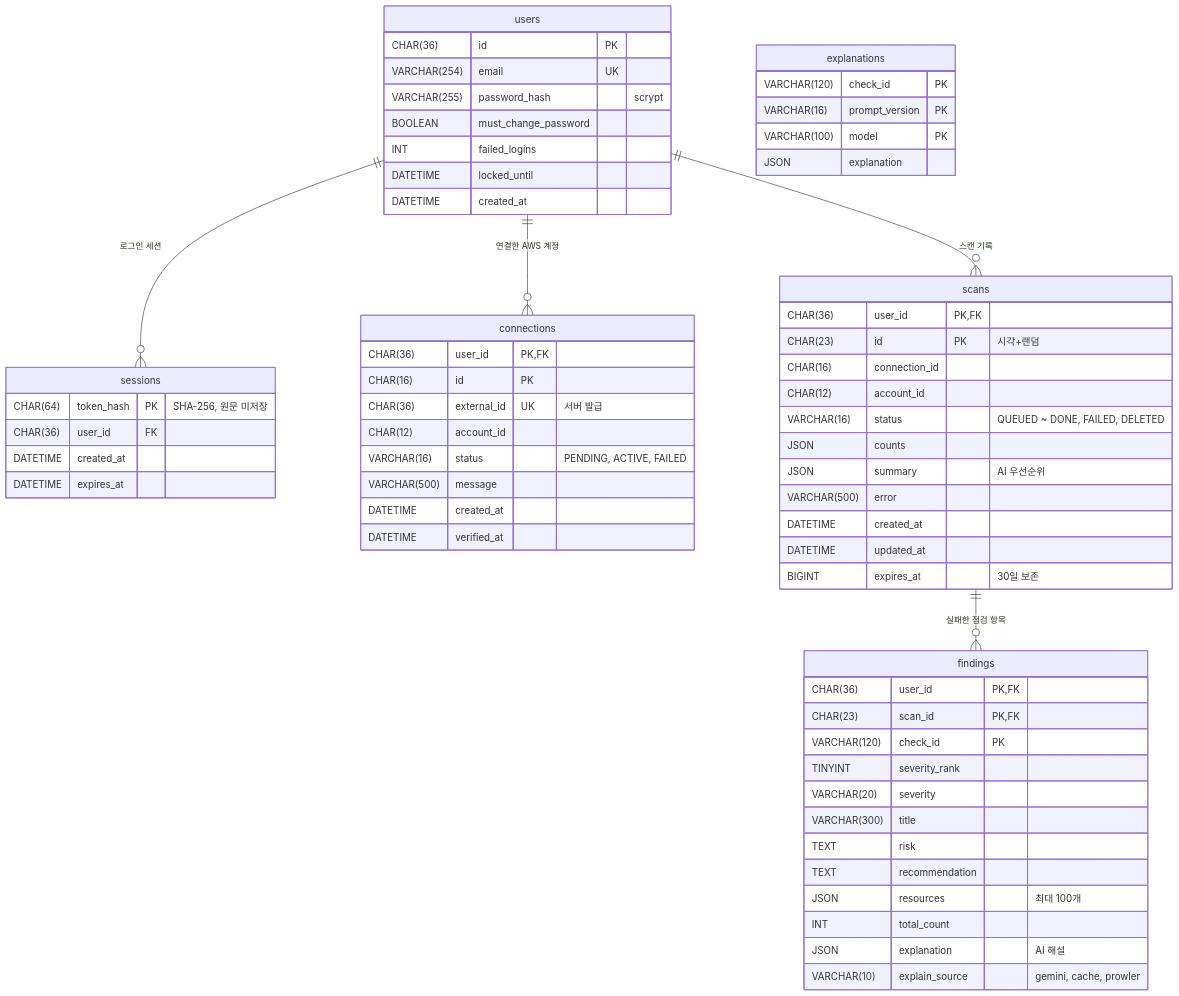
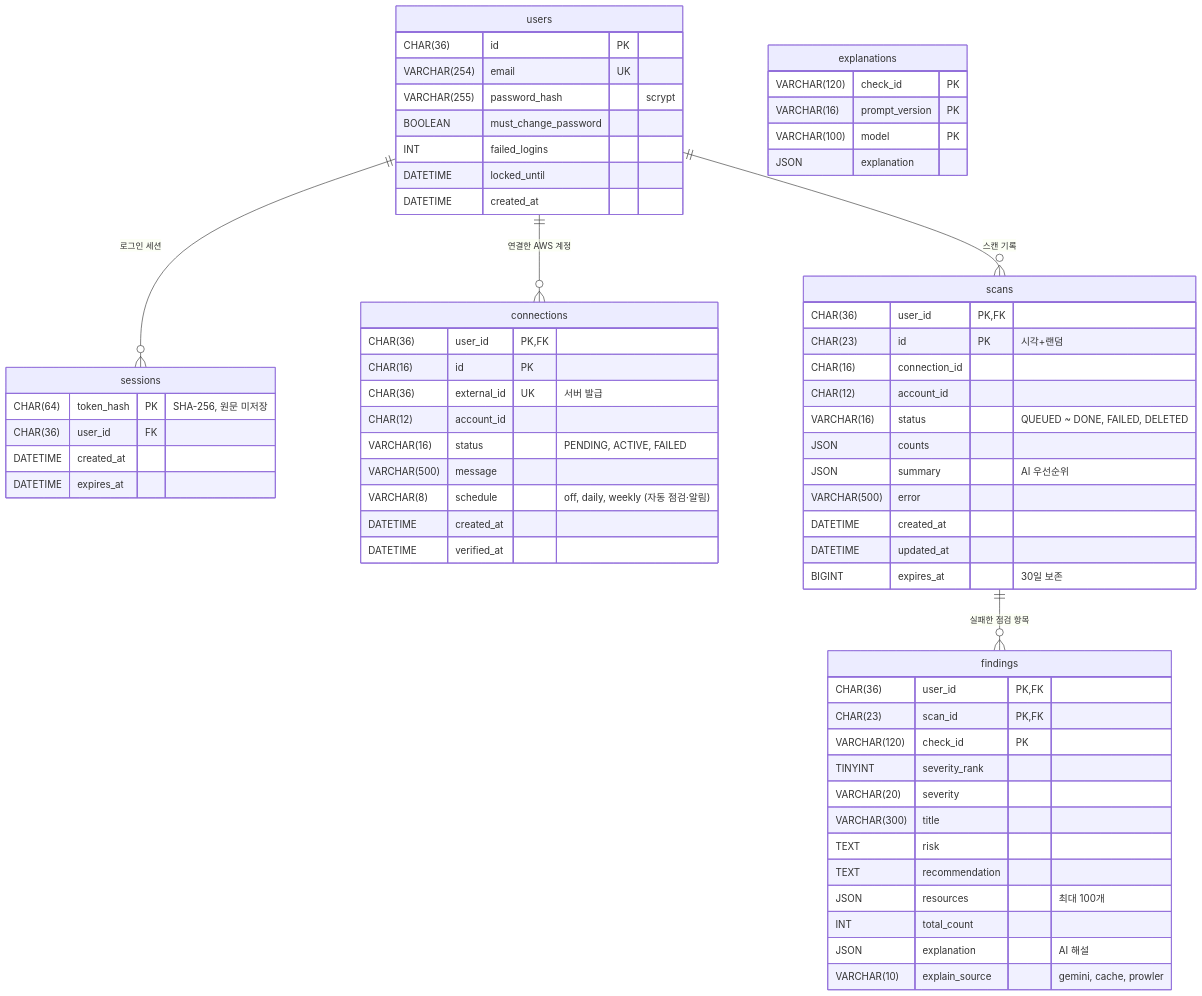
Before and after one commit to KelpShake04/aws-gap-check: the diagram in docs/erd.md, drawn with Mermaid. The commit also changed other lines of this file and 7 other files, not shown here.

````diff
--- a/docs/erd.md
+++ b/docs/erd.md
@@ -5,66 +5,67 @@
 ```mermaid
 erDiagram
     users ||--o{ sessions : "로그인 세션"
     users ||--o{ connections : "연결한 AWS 계정"
     users ||--o{ scans : "스캔 기록"
     scans ||--o{ findings : "실패한 점검 항목"
 
     users {
         CHAR(36) id PK
         VARCHAR(254) email UK
         VARCHAR(255) password_hash "scrypt"
         BOOLEAN must_change_password
         INT failed_logins
         DATETIME locked_until
         DATETIME created_at
     }
     sessions {
         CHAR(64) token_hash PK "SHA-256, 원문 미저장"
         CHAR(36) user_id FK
         DATETIME created_at
         DATETIME expires_at
     }
     connections {
         CHAR(36) user_id PK, FK
         CHAR(16) id PK
         CHAR(36) external_id UK "서버 발급"
         CHAR(12) account_id
         VARCHAR(16) status "PENDING, ACTIVE, FAILED"
         VARCHAR(500) message
+        VARCHAR(8) schedule "off, daily, weekly (자동 점검·알림)"
         DATETIME created_at
         DATETIME verified_at
     }
     scans {
         CHAR(36) user_id PK, FK
         CHAR(23) id PK "시각+랜덤"
         CHAR(16) connection_id
         CHAR(12) account_id
         VARCHAR(16) status "QUEUED ~ DONE, FAILED, DELETED"
         JSON counts
         JSON summary "AI 우선순위"
         VARCHAR(500) error
         DATETIME created_at
         DATETIME updated_at
         BIGINT expires_at "30일 보존"
     }
     findings {
         CHAR(36) user_id PK, FK
         CHAR(23) scan_id PK, FK
         VARCHAR(120) check_id PK
         TINYINT severity_rank
         VARCHAR(20) severity
         VARCHAR(300) title
         TEXT risk
         TEXT recommendation
         JSON resources "최대 100개"
         INT total_count
         JSON explanation "AI 해설"
         VARCHAR(10) explain_source "gemini, cache, prowler"
     }
     explanations {
         VARCHAR(120) check_id PK
         VARCHAR(16) prompt_version PK
         VARCHAR(100) model PK
         JSON explanation
     }
 ```
````
